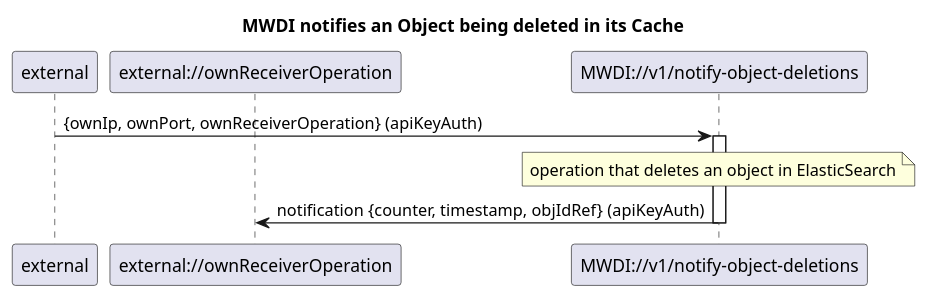
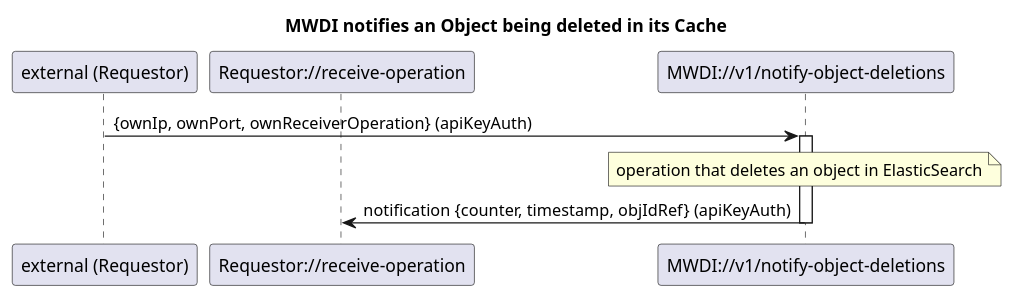
The diagram in spec/diagrams/122_MwdiNotifiesObjectDeletion.plantuml (openBackhaul/MicroWaveDeviceInventory), drawn with PlantUML before and after one commit. The commit also changed 3 other files, not shown here.

Commit message:
diagram update

```diff
--- a/spec/diagrams/122_MwdiNotifiesObjectDeletion.plantuml
+++ b/spec/diagrams/122_MwdiNotifiesObjectDeletion.plantuml
@@ -1,18 +1,18 @@
 @startuml 122_MwdiNotifiesObjectDeletion
 skinparam responseMessageBelowArrow true
 
 title MWDI notifies an Object being deleted in its Cache
 
-participant "external" as external
-participant "external://ownReceiverOperation" as receiverOperation
+participant "external (Requestor)" as external
+participant "Requestor://receive-operation" as receiverOperation
 participant "MWDI://v1/notify-object-deletions" as notifyObjectDeletion
 
 external -> notifyObjectDeletion: {ownIp, ownPort, ownReceiverOperation} (apiKeyAuth)
 activate notifyObjectDeletion
 
 note over notifyObjectDeletion: operation that deletes an object in ElasticSearch
 
 notifyObjectDeletion -> receiverOperation: notification {counter, timestamp, objIdRef} (apiKeyAuth)
 deactivate notifyObjectDeletion
 
 @enduml
```
